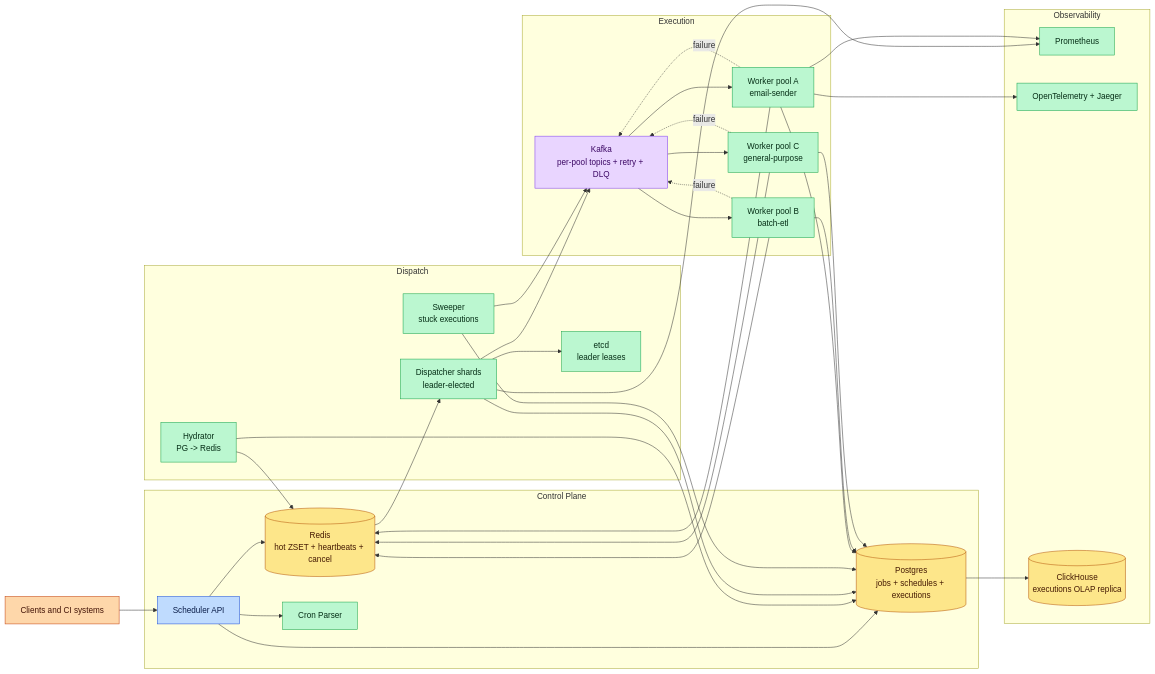
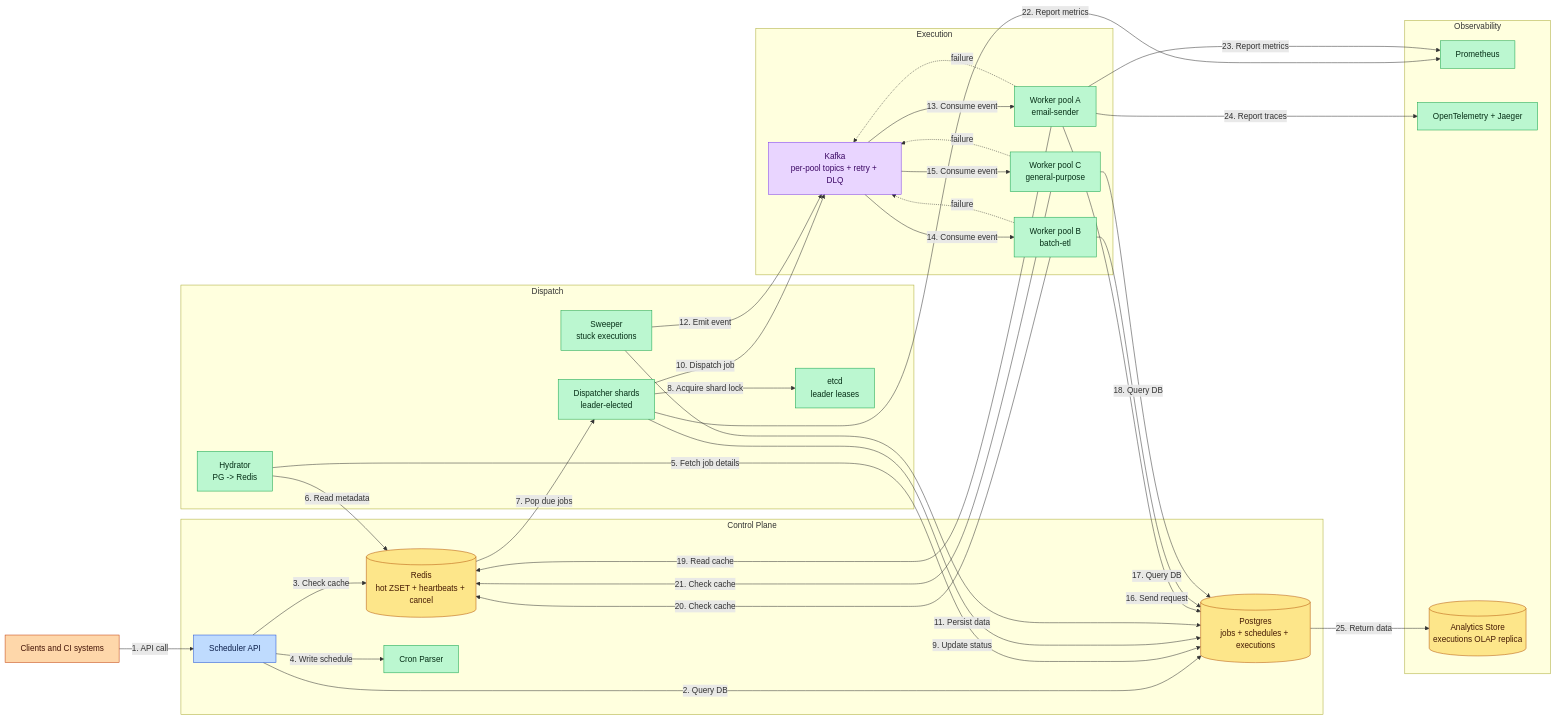
Before and after one commit to iluzn/HLD-Designs: diagram 11 of 11 in content/hld/JobScheduler.md, drawn with Mermaid. The commit also changed other lines of this file and 27 other files, not shown here.

````diff
--- a/content/hld/JobScheduler.md
+++ b/content/hld/JobScheduler.md
@@ -721,66 +721,66 @@
 ```mermaid
 flowchart LR
     CLIENT["Clients and CI systems"]:::client
 
     subgraph "Control Plane"
         API["Scheduler API"]:::edge
         PG[("Postgres<br/>jobs + schedules + executions")]:::data
         REDIS[("Redis<br/>hot ZSET + heartbeats + cancel")]:::data
         CRON["Cron Parser"]:::service
     end
 
     subgraph "Dispatch"
         ETCD["etcd<br/>leader leases"]:::service
         DISP["Dispatcher shards<br/>leader-elected"]:::service
         SWEEPER["Sweeper<br/>stuck executions"]:::service
         HYDRATOR["Hydrator<br/>PG -> Redis"]:::service
     end
 
     subgraph "Execution"
         KAFKA["Kafka<br/>per-pool topics + retry + DLQ"]:::async
         WORKER_A["Worker pool A<br/>email-sender"]:::service
         WORKER_B["Worker pool B<br/>batch-etl"]:::service
         WORKER_C["Worker pool C<br/>general-purpose"]:::service
     end
 
     subgraph "Observability"
         METRICS["Prometheus"]:::service
         TRACES["OpenTelemetry + Jaeger"]:::service
-        CH[("ClickHouse<br/>executions OLAP replica")]:::data
+        CH[("Analytics Store<br/>executions OLAP replica")]:::data
     end
 
-    CLIENT --> API
-    API --> PG
-    API --> REDIS
-    API --> CRON
-    HYDRATOR --> PG
-    HYDRATOR --> REDIS
-    REDIS --> DISP
-    DISP --> ETCD
-    DISP --> PG
-    DISP --> KAFKA
-    SWEEPER --> PG
-    SWEEPER --> KAFKA
-    KAFKA --> WORKER_A
-    KAFKA --> WORKER_B
-    KAFKA --> WORKER_C
-    WORKER_A --> PG
-    WORKER_B --> PG
-    WORKER_C --> PG
-    WORKER_A --> REDIS
-    WORKER_B --> REDIS
-    WORKER_C --> REDIS
+    CLIENT -->|"1. API call"| API
+    API -->|"2. Query DB"| PG
+    API -->|"3. Check cache"| REDIS
+    API -->|"4. Write schedule"| CRON
+    HYDRATOR -->|"5. Fetch job details"| PG
+    HYDRATOR -->|"6. Read metadata"| REDIS
+    REDIS -->|"7. Pop due jobs"| DISP
+    DISP -->|"8. Acquire shard lock"| ETCD
+    DISP -->|"9. Update status"| PG
+    DISP -->|"10. Dispatch job"| KAFKA
+    SWEEPER -->|"11. Persist data"| PG
+    SWEEPER -->|"12. Emit event"| KAFKA
+    KAFKA -->|"13. Consume event"| WORKER_A
+    KAFKA -->|"14. Consume event"| WORKER_B
+    KAFKA -->|"15. Consume event"| WORKER_C
+    WORKER_A -->|"16. Send request"| PG
+    WORKER_B -->|"17. Query DB"| PG
+    WORKER_C -->|"18. Query DB"| PG
+    WORKER_A -->|"19. Read cache"| REDIS
+    WORKER_B -->|"20. Check cache"| REDIS
+    WORKER_C -->|"21. Check cache"| REDIS
     WORKER_A -.failure.-> KAFKA
     WORKER_B -.failure.-> KAFKA
     WORKER_C -.failure.-> KAFKA
-    DISP --> METRICS
-    WORKER_A --> METRICS
-    WORKER_A --> TRACES
-    PG --> CH
+    DISP -->|"22. Report metrics"| METRICS
+    WORKER_A -->|"23. Report metrics"| METRICS
+    WORKER_A -->|"24. Report traces"| TRACES
+    PG -->|"25. Return data"| CH
 
     classDef client fill:#fed7aa,stroke:#c2410c,color:#431407
     classDef edge fill:#bfdbfe,stroke:#1d4ed8,color:#0c1f4a
     classDef service fill:#bbf7d0,stroke:#16a34a,color:#052e16
     classDef async fill:#e9d5ff,stroke:#7c3aed,color:#3b0764
     classDef data fill:#fde68a,stroke:#b45309,color:#451a03
 ```
````
